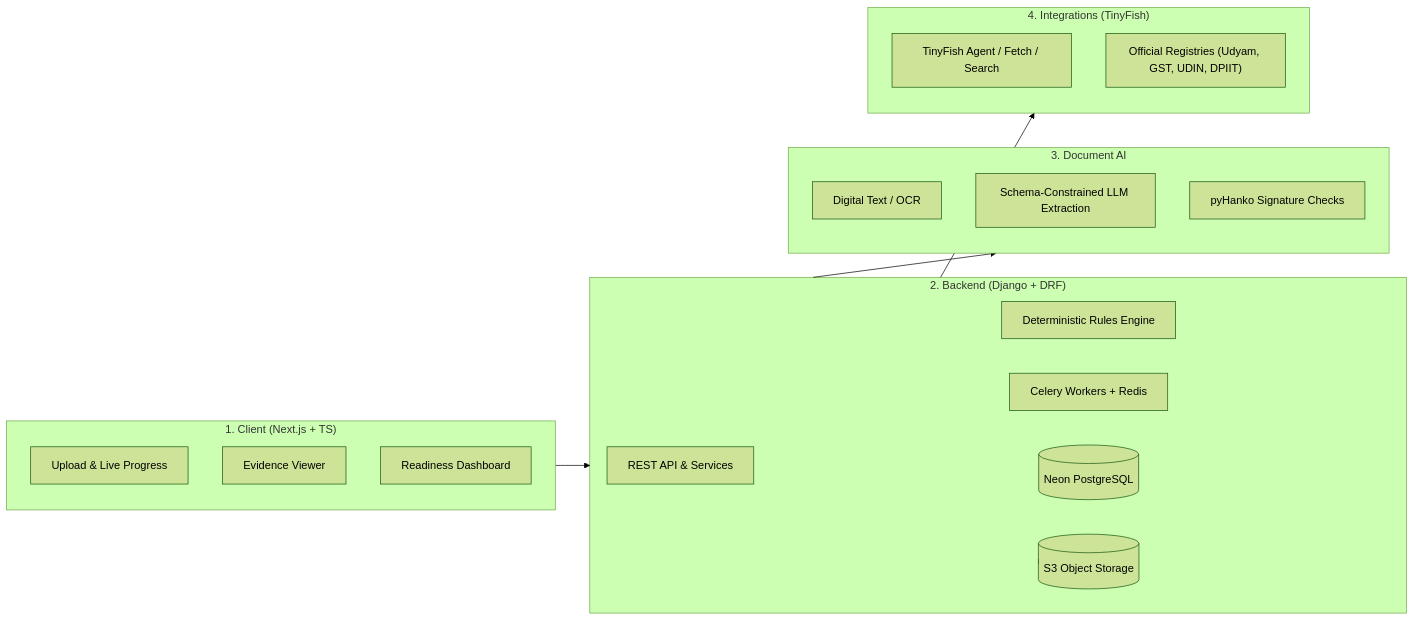
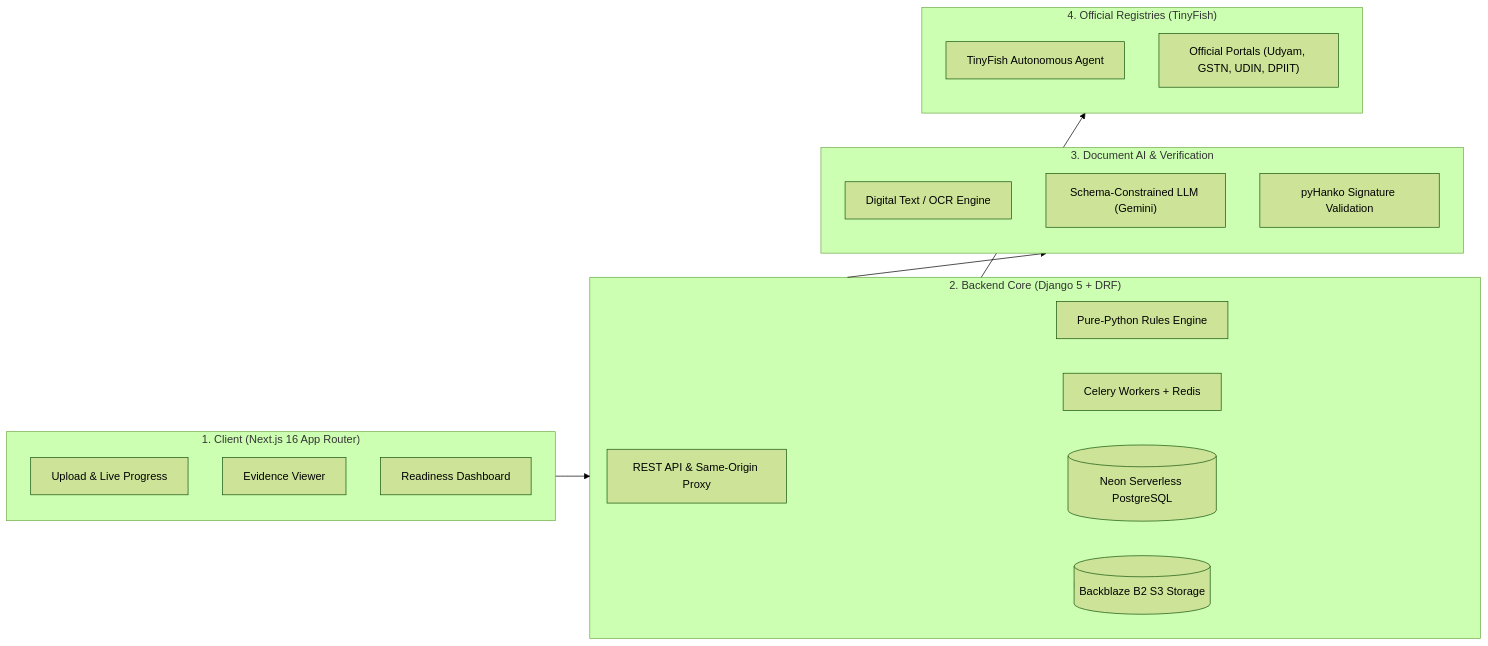
The first of 2 diagrams in README.md (ChandanMandal20052023/Tenderbee), drawn with Mermaid (forest theme) before and after one commit. The commit also changed other lines of this file and 1 other file, not shown here.

Commit message:
Refine README.md with official logo, live deployment links, architecture diagrams, and quickstart documentation

````diff
--- a/README.md
+++ b/README.md
@@ -18,33 +53,33 @@
 ```mermaid
 graph LR
-    subgraph Client ["1. Client (Next.js + TS)"]
+    subgraph Client ["1. Client (Next.js 16 App Router)"]
         UI["Upload & Live Progress"]
         Viewer["Evidence Viewer"]
         Banner["Readiness Dashboard"]
     end
 
-    subgraph Backend ["2. Backend (Django + DRF)"]
-        API["REST API & Services"]
-        Engine["Deterministic Rules Engine"]
+    subgraph Backend ["2. Backend Core (Django 5 + DRF)"]
+        API["REST API & Same-Origin Proxy"]
+        Engine["Pure-Python Rules Engine"]
         Celery["Celery Workers + Redis"]
-        DB[(Neon PostgreSQL)]
-        S3[(S3 Object Storage)]
+        DB[(Neon Serverless PostgreSQL)]
+        S3[(Backblaze B2 S3 Storage)]
     end
 
-    subgraph DocAI ["3. Document AI"]
-        OCR["Digital Text / OCR"]
-        LLM["Schema-Constrained LLM Extraction"]
-        Sign["pyHanko Signature Checks"]
+    subgraph DocAI ["3. Document AI & Verification"]
+        OCR["Digital Text / OCR Engine"]
+        LLM["Schema-Constrained LLM (Gemini)"]
+        Sign["pyHanko Signature Validation"]
     end
 
-    subgraph Integrations ["4. Integrations (TinyFish)"]
-        TF["TinyFish Agent / Fetch / Search"]
-        Registries["Official Registries (Udyam, GST, UDIN, DPIIT)"]
+    subgraph Integrations ["4. Official Registries (TinyFish)"]
+        TF["TinyFish Autonomous Agent"]
+        Registries["Official Portals (Udyam, GSTN, UDIN, DPIIT)"]
     end
 
     Client --> Backend
     Backend --> DocAI
     Backend --> Integrations
     Backend --> DB
     Backend --> S3
 ```
````
